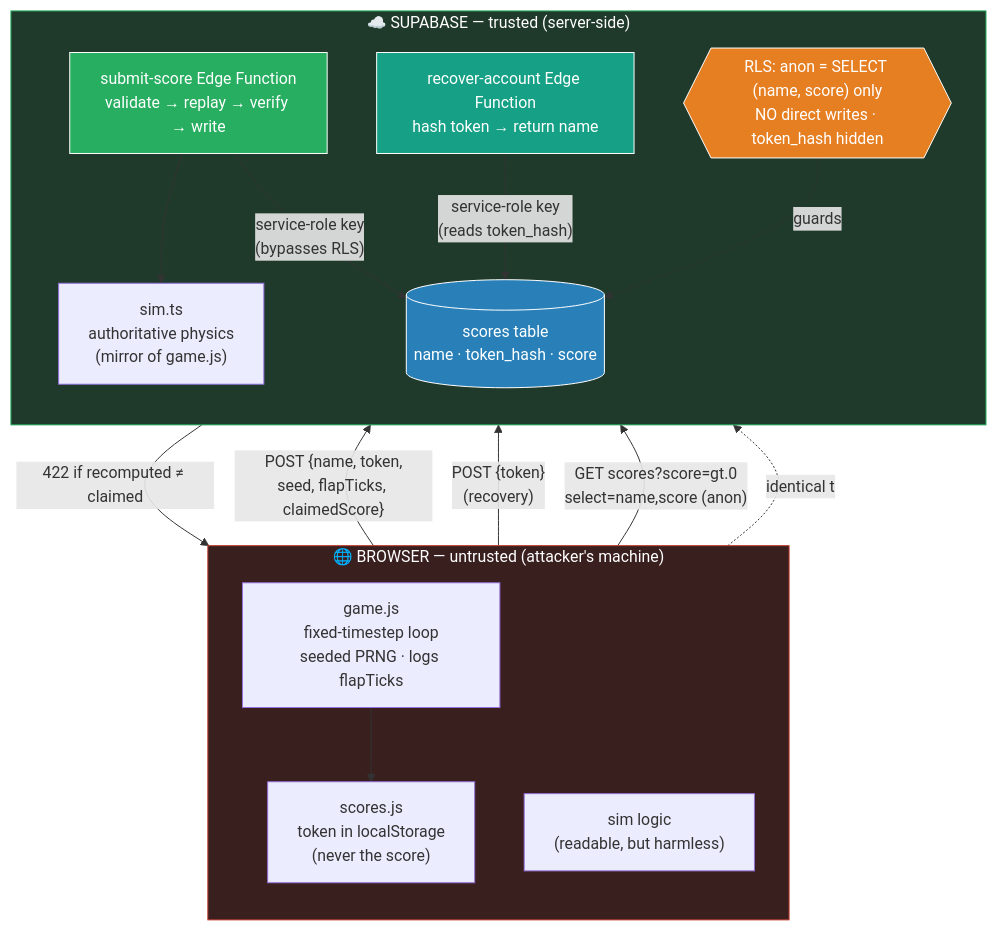
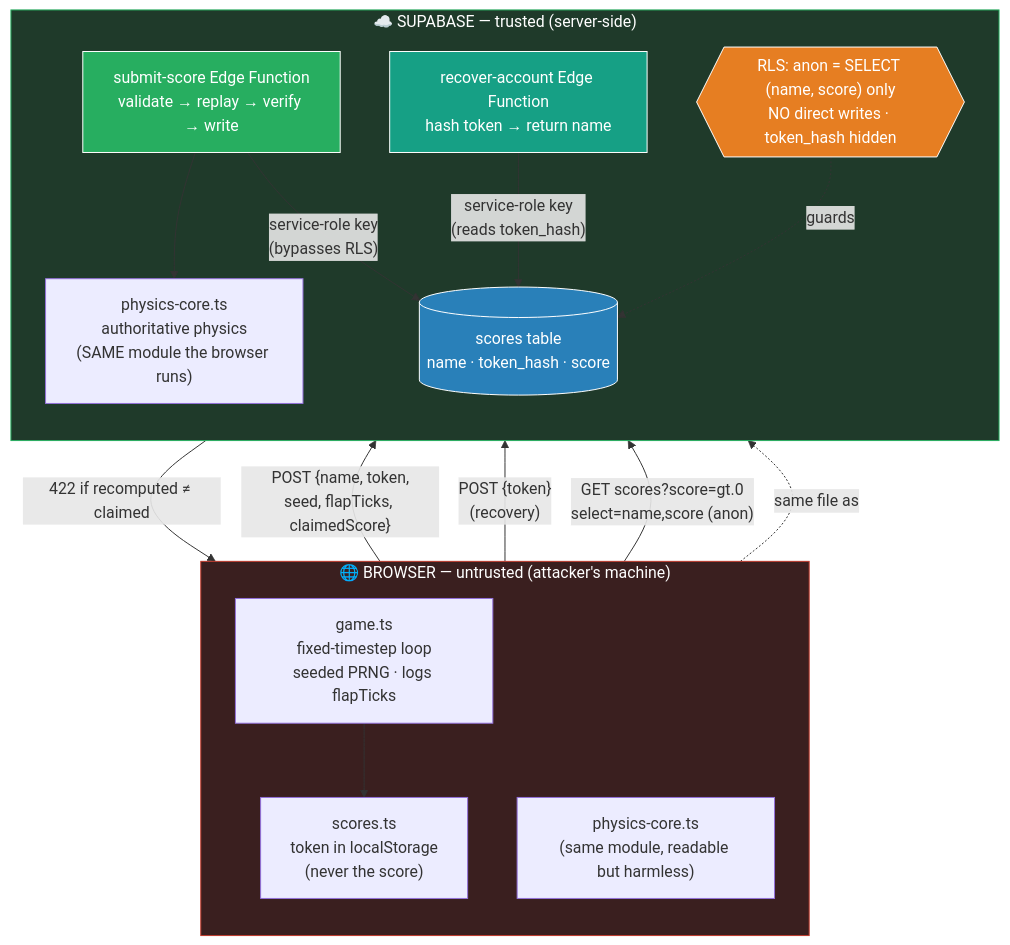
The first of 3 diagrams in supabase/ARCHITECTURE.md (snowu/least-privlege-bird), drawn with Mermaid before and after one commit. The commit also changed other lines of this file and 19 other files, not shown here.

````diff
--- a/supabase/ARCHITECTURE.md
+++ b/supabase/ARCHITECTURE.md
@@ -48,37 +48,37 @@
 ```mermaid
 graph TB
     subgraph BROWSER["🌐 BROWSER — untrusted (attacker's machine)"]
         direction TB
-        GAME["game.js<br/>fixed-timestep loop<br/>seeded PRNG · logs flapTicks"]
-        SCORES["scores.js<br/>token in localStorage<br/>(never the score)"]
-        SIMCLIENT["sim logic<br/>(readable, but harmless)"]
+        GAME["game.ts<br/>fixed-timestep loop<br/>seeded PRNG · logs flapTicks"]
+        SCORES["scores.ts<br/>token in localStorage<br/>(never the score)"]
+        SIMCLIENT["physics-core.ts<br/>(same module, readable but harmless)"]
     end
 
     subgraph SUPABASE["☁️ SUPABASE — trusted (server-side)"]
         direction TB
         EDGE["submit-score Edge Function<br/>validate → replay → verify → write"]
         RECOVER["recover-account Edge Function<br/>hash token → return name"]
-        SIMTS["sim.ts<br/>authoritative physics<br/>(mirror of game.js)"]
+        SIMTS["physics-core.ts<br/>authoritative physics<br/>(SAME module the browser runs)"]
         DB[("scores table<br/>name · token_hash · score")]
         RLS{{"RLS: anon = SELECT (name, score) only<br/>NO direct writes · token_hash hidden"}}
         EDGE --> SIMTS
         EDGE -->|"service-role key<br/>(bypasses RLS)"| DB
         RECOVER -->|"service-role key<br/>(reads token_hash)"| DB
         RLS -.guards.-> DB
     end
 
     GAME --> SCORES
     SCORES -->|"POST {name, token,<br/>seed, flapTicks, claimedScore}"| EDGE
     SCORES -->|"POST {token}<br/>(recovery)"| RECOVER
     SCORES -->|"GET scores?score=gt.0<br/>select=name,score (anon)"| DB
-    SIMCLIENT -.identical to.-> SIMTS
+    SIMCLIENT -.same file as.-> SIMTS
 
     EDGE -->|"422 if recomputed ≠ claimed"| SCORES
 
     style BROWSER fill:#3a1f1f,stroke:#c0392b,color:#fff
     style SUPABASE fill:#1f3a2a,stroke:#27ae60,color:#fff
     style EDGE fill:#27ae60,stroke:#fff,color:#fff
     style RECOVER fill:#16a085,stroke:#fff,color:#fff
     style DB fill:#2980b9,stroke:#fff,color:#fff
     style RLS fill:#e67e22,stroke:#fff,color:#fff
 ```
````
